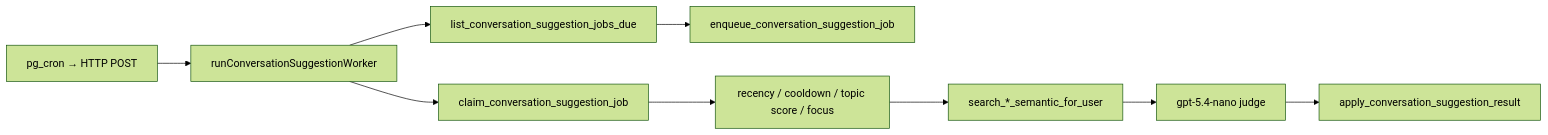
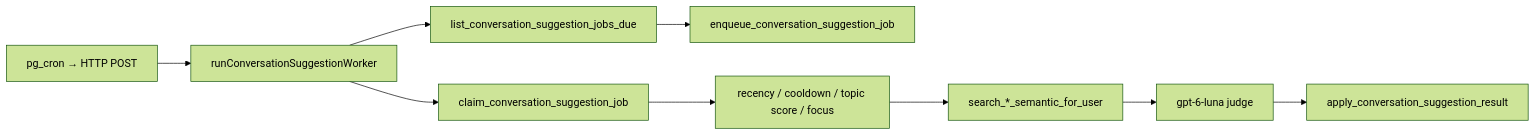
Before and after one commit to carlos-tamarind/tamarind-app: the diagram in docs/semantic/conversation_suggestions.md, drawn with Mermaid (forest theme). The commit also changed 13 other files, not shown here.

Commit message:
migrated openAI model provider to gpt-6-luna; updated docs and version bump

````diff
--- a/docs/semantic/conversation_suggestions.md
+++ b/docs/semantic/conversation_suggestions.md
@@ -9,11 +9,11 @@
 ```mermaid
 flowchart LR
   Cron["pg_cron → HTTP POST"] --> Worker["runConversationSuggestionWorker"]
   Worker --> Sweep["list_conversation_suggestion_jobs_due"]
   Sweep --> Enqueue["enqueue_conversation_suggestion_job"]
   Worker --> Claim["claim_conversation_suggestion_job"]
   Claim --> Gates["recency / cooldown / topic score / focus"]
   Gates --> Search["search_*_semantic_for_user"]
-  Search --> LLM["gpt-5.4-nano judge"]
+  Search --> LLM["gpt-6-luna judge"]
   LLM --> Apply["apply_conversation_suggestion_result"]
 ```
````
